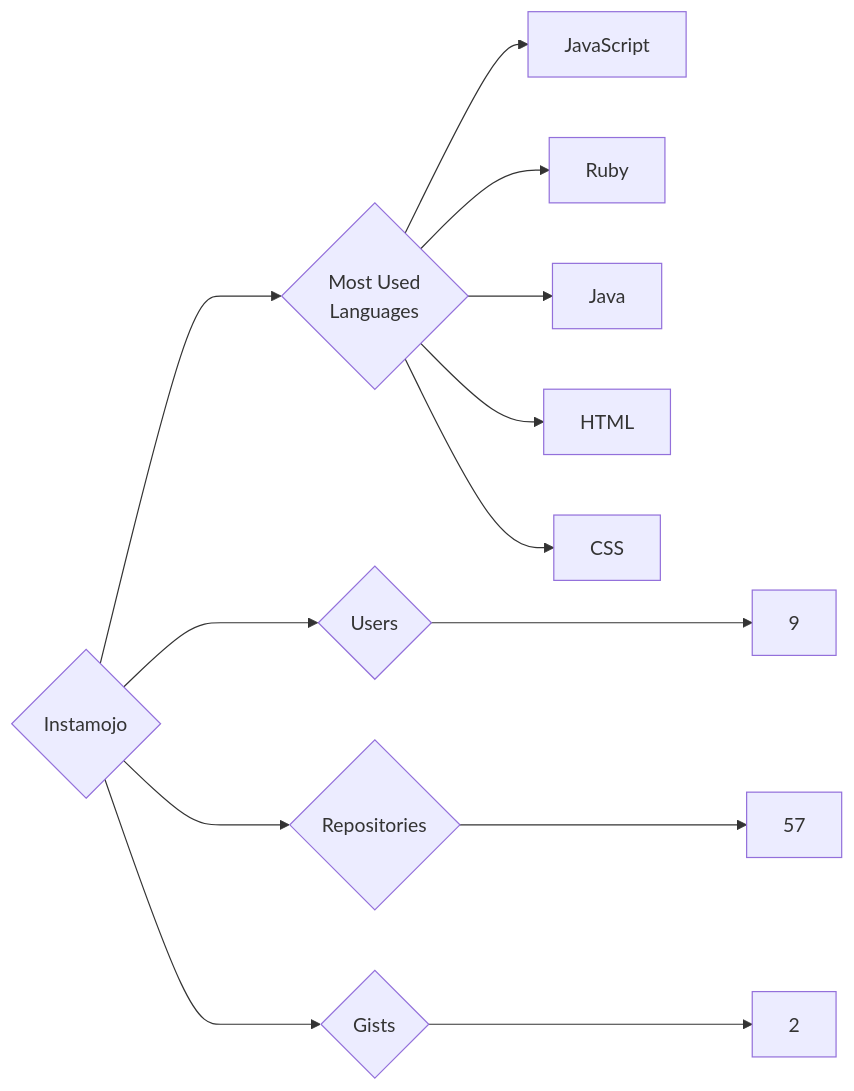
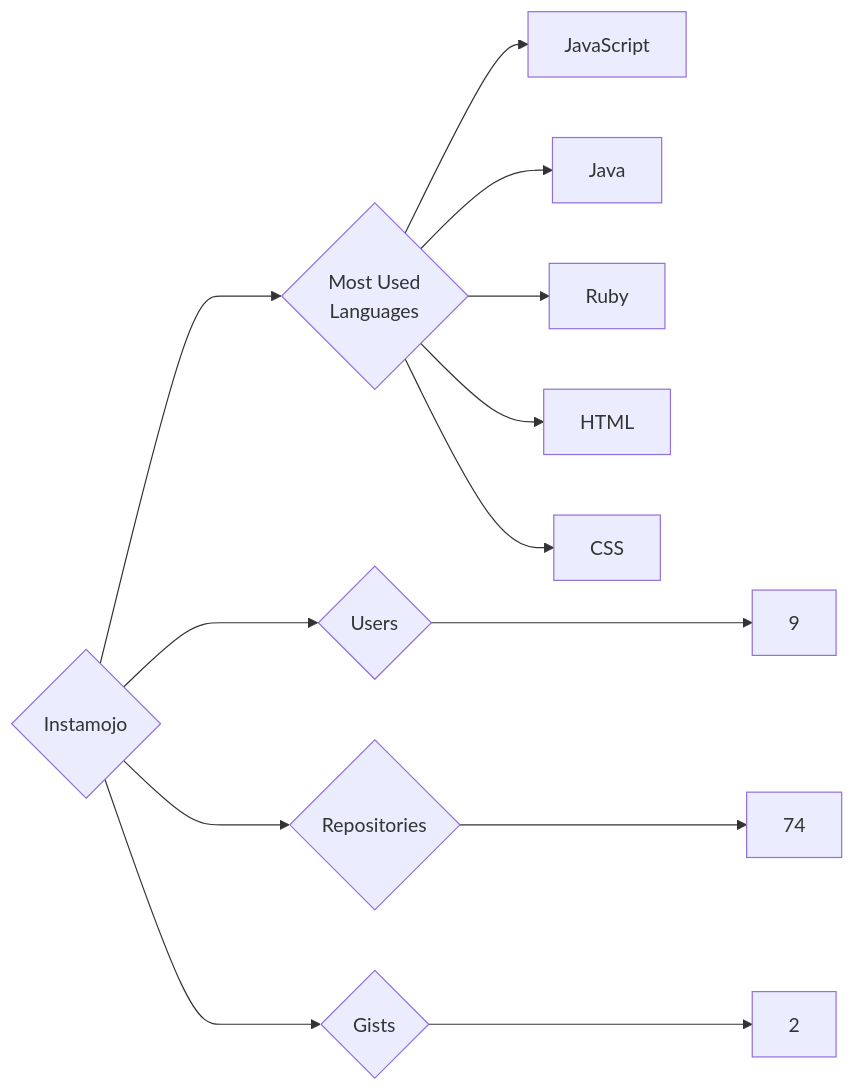
One commit to trickest/insiders changed the diagram in targets/Instamojo/README.md. Above: the diagram before and after it, drawn with Mermaid. The commit also changed 1120 other files, not shown here.

````diff
--- a/targets/Instamojo/README.md
+++ b/targets/Instamojo/README.md
@@ -3,13 +3,13 @@
 ```mermaid
 graph LR
 COMPANY_NAME{Instamojo}
 COMPANY_NAME ---> U{Users} ---> UN[9]
-COMPANY_NAME ---> R{Repositories} ---> RN[57]
+COMPANY_NAME ---> R{Repositories} ---> RN[74]
 COMPANY_NAME ---> G{Gists} ---> GN[2]
 COMPANY_NAME ---> ML{Most Used<br>Languages}
 ML --> JavaScript[JavaScript]
+ML --> Java[Java]
 ML --> Ruby[Ruby]
-ML --> Java[Java]
 ML --> HTML[HTML]
 ML --> CSS[CSS]
 ```
````
